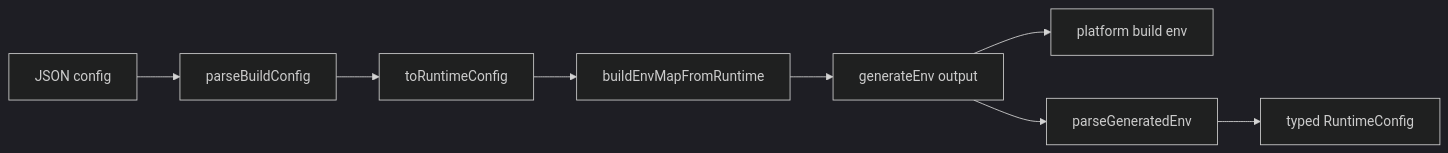
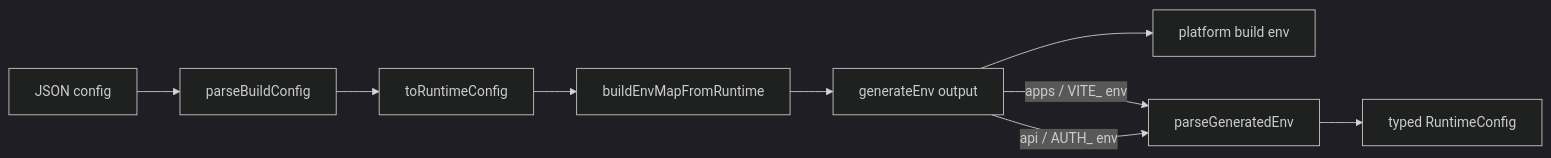
One commit to FAIMS/FAIMS3 changed the diagram in library/build-config/README.md. Above: the diagram before and after it, drawn with Mermaid (dark theme). The commit also changed other lines of this file and 2 other files, not shown here.

````diff
--- a/library/build-config/README.md
+++ b/library/build-config/README.md
@@ -32,11 +32,12 @@
 ```mermaid
 flowchart LR
   A[JSON config] --> B[parseBuildConfig]
   B --> C[toRuntimeConfig]
   C --> D[buildEnvMapFromRuntime]
   D --> E[generateEnv output]
   E --> F[platform build env]
 
-  E --> G[parseGeneratedEnv]
+  E -->|apps / VITE_ env| G[parseGeneratedEnv]
+  E -->|api / AUTH_ env| G
   G --> H[typed RuntimeConfig]
 ```
````
